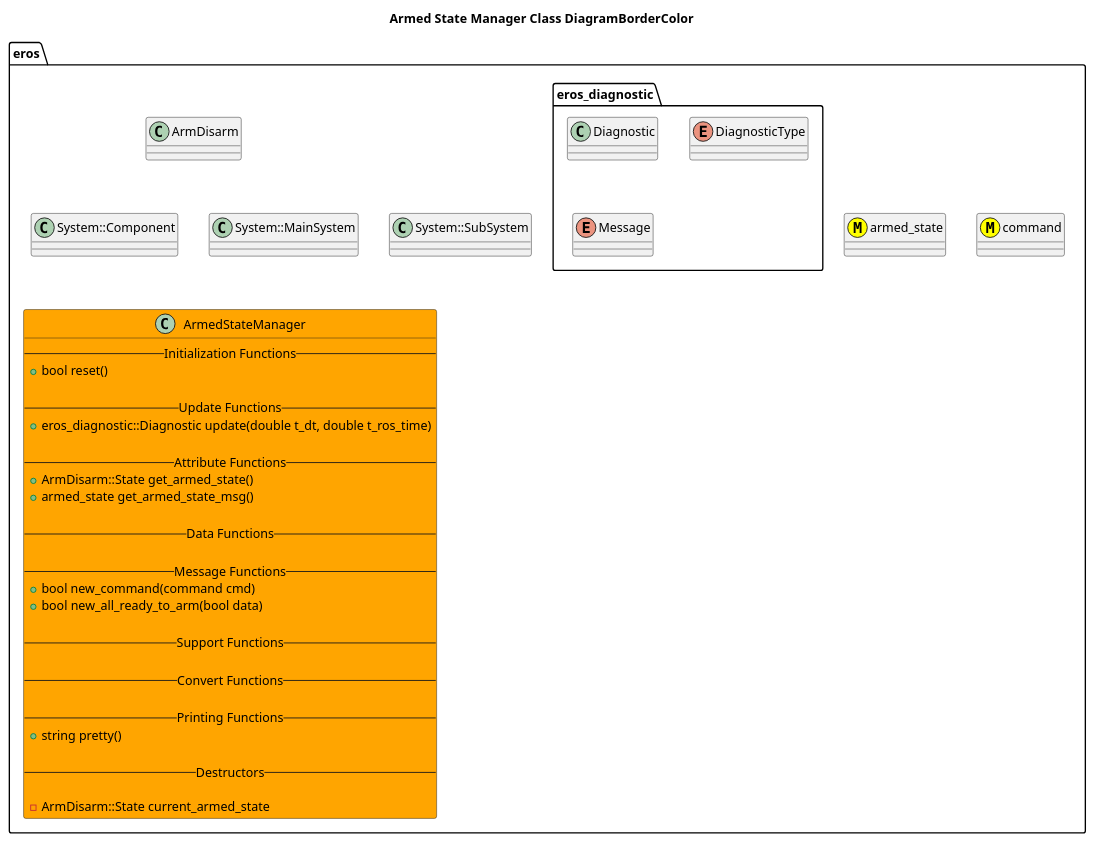
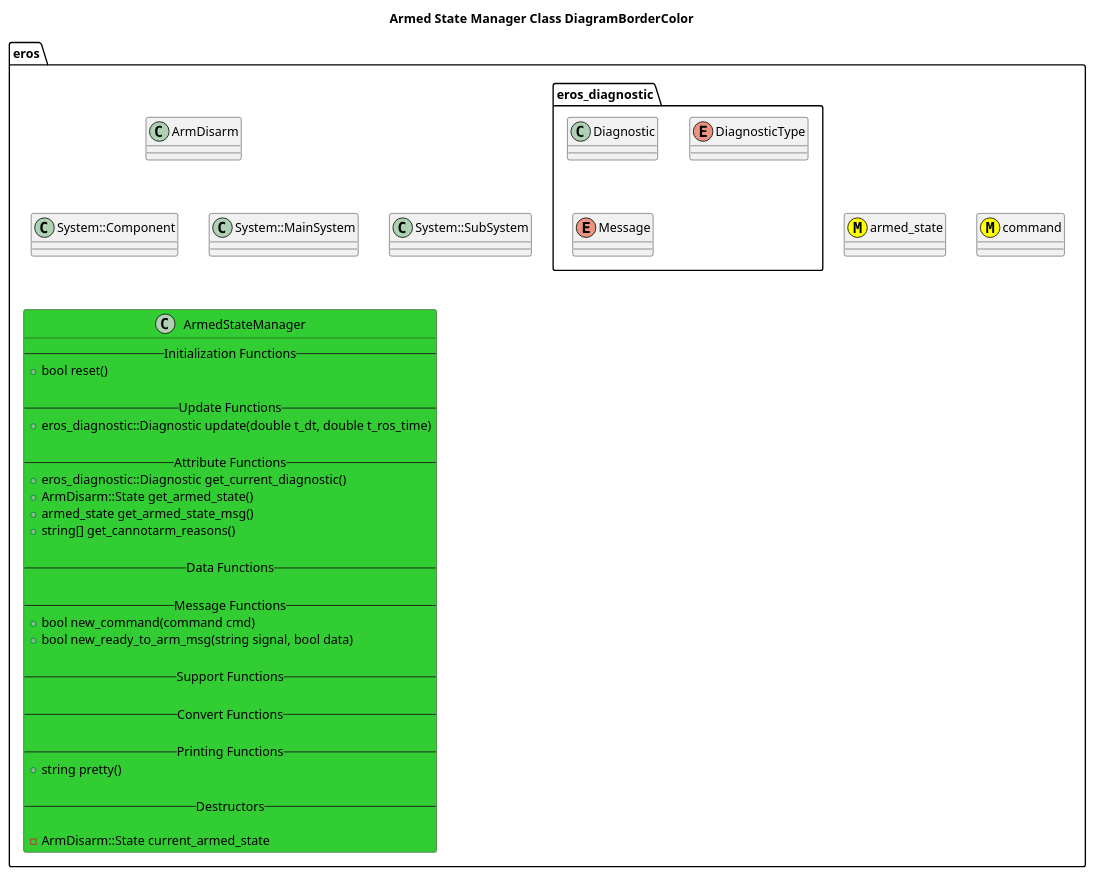
One commit to dgitz/eros changed the diagram in include/eros/doc/ArmedStateManagerClassDiagram.puml. Above: the diagram before and after it, drawn with PlantUML. The commit also changed 21 other files, not shown here.

```diff
--- a/include/eros/doc/ArmedStateManagerClassDiagram.puml
+++ b/include/eros/doc/ArmedStateManagerClassDiagram.puml
@@ -1,50 +1,52 @@
 @startuml
 title Armed State Manager Class DiagramBorderColor
 
 package eros {
     class ArmDisarm
     together {
         class System::MainSystem
         class System::SubSystem
         class System::Component
     }
     together {
         class armed_state <<M,#FFFF00>>
         class command <<M,#FFFF00>>
     }
     namespace eros_diagnostic {
         class Diagnostic
         enum DiagnosticType
         enum Message
     }
-class ArmedStateManager #Orange {
+class ArmedStateManager #LimeGreen {
     -- Initialization Functions --
     +bool reset()
         
     -- Update Functions --
     +eros_diagnostic::Diagnostic update(double t_dt, double t_ros_time)
     
     -- Attribute Functions --
+    +eros_diagnostic::Diagnostic get_current_diagnostic()
     +ArmDisarm::State get_armed_state() 
     +armed_state get_armed_state_msg()
+    +string[] get_cannotarm_reasons()
     
     -- Data Functions --
     
     -- Message Functions --
     +bool new_command(command cmd)
-    +bool new_all_ready_to_arm(bool data)
+    +bool new_ready_to_arm_msg(string signal, bool data)
     
     -- Support Functions --
     
     -- Convert Functions --
     
     -- Printing Functions --
     +string pretty()
 
     -- Destructors --
         
     -ArmDisarm::State current_armed_state
 }
 }
 
 @enduml
```
